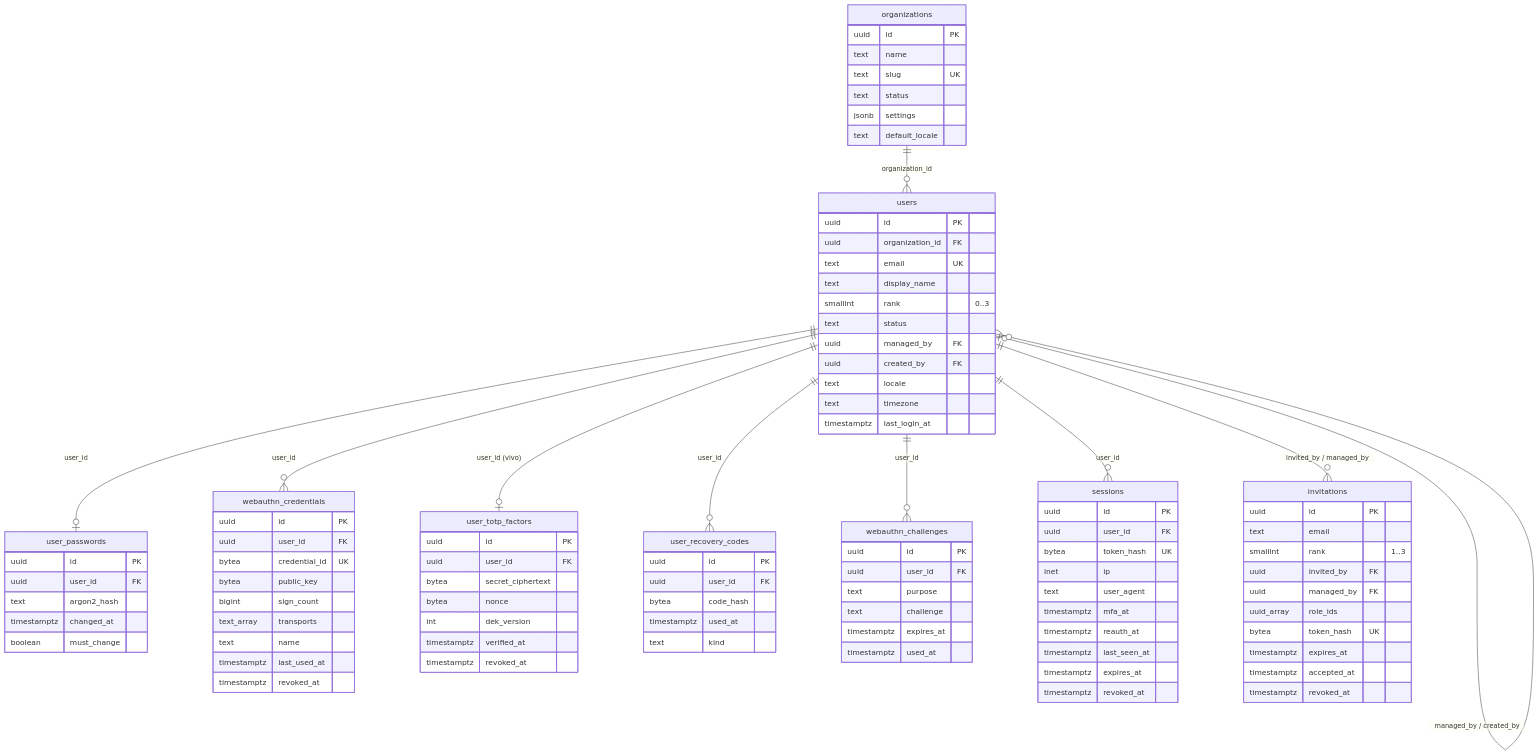
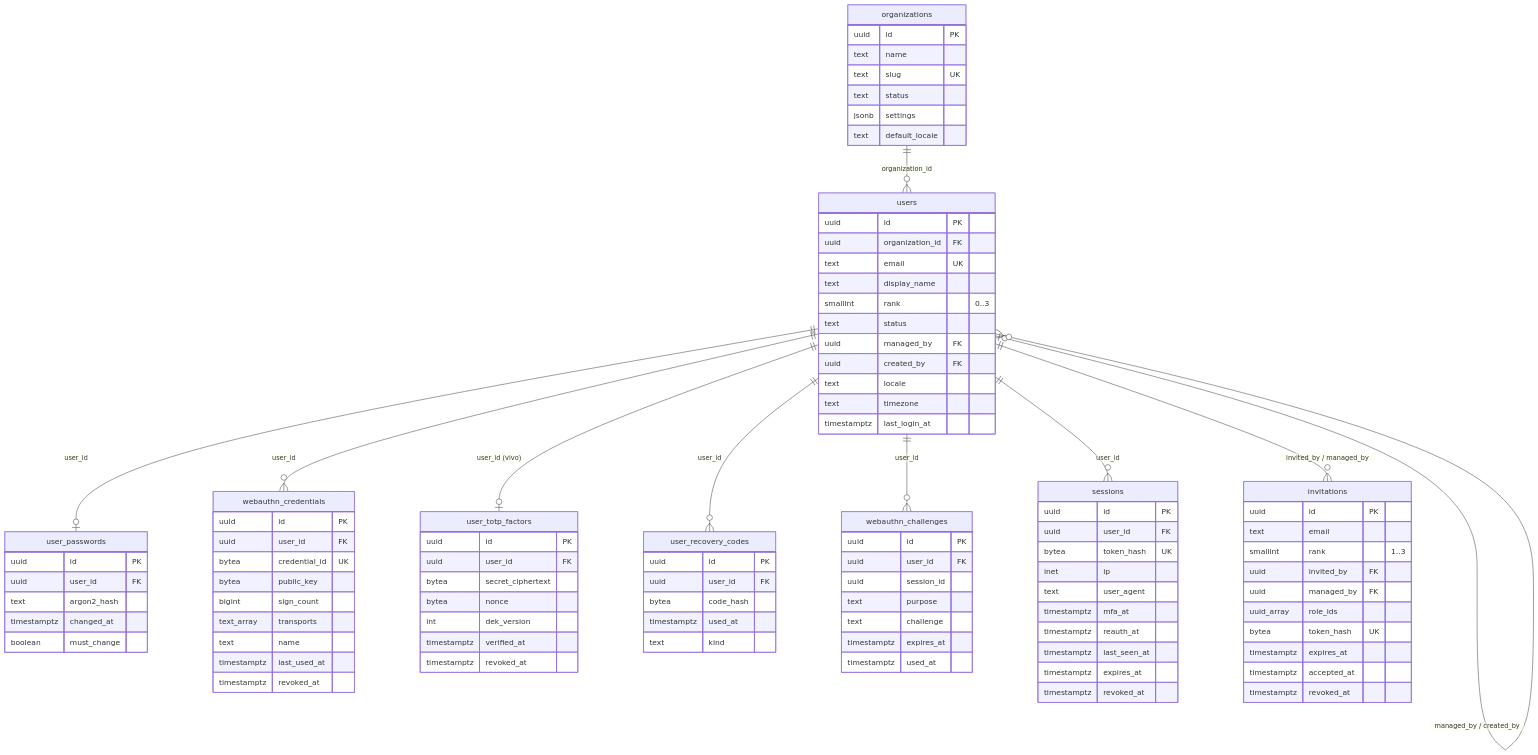
One commit to OJoshuaCG/compass changed the first of 6 diagrams in docs/database.md. Above: the diagram before and after it, drawn with Mermaid. The commit also changed other lines of this file and 14 other files, not shown here.

```diff
--- a/docs/database.md
+++ b/docs/database.md
@@ -151,6 +151,7 @@
   webauthn_challenges {
     uuid id PK
     uuid user_id FK
+    uuid session_id
     text purpose
     text challenge
     timestamptz expires_at
```
